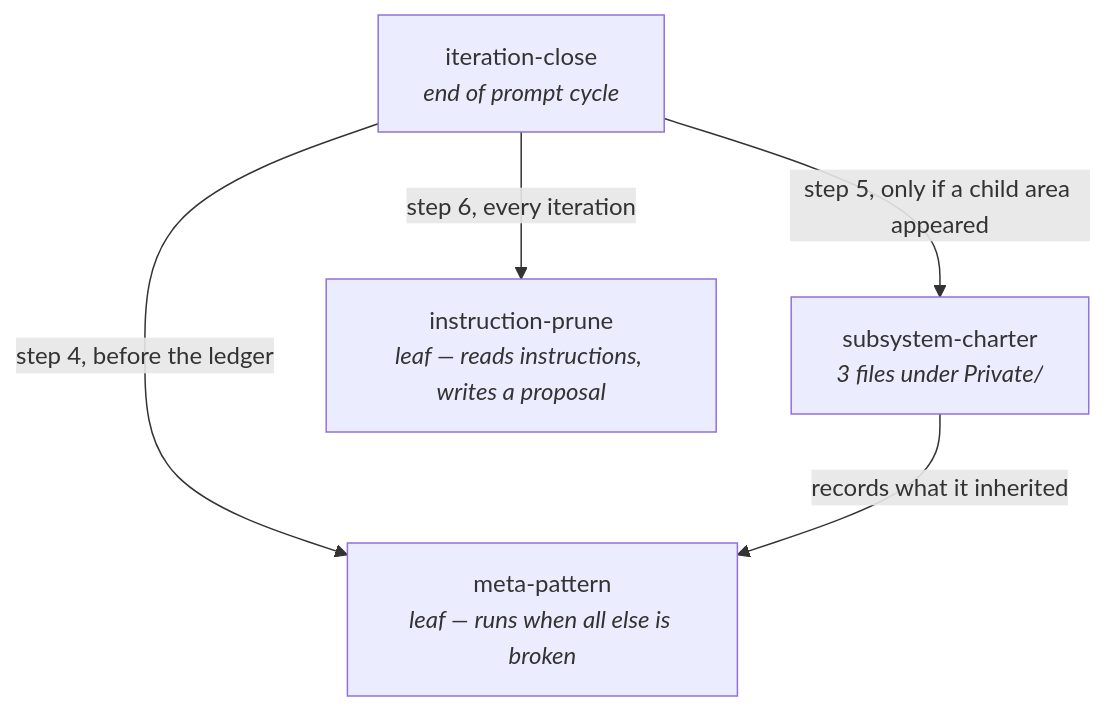
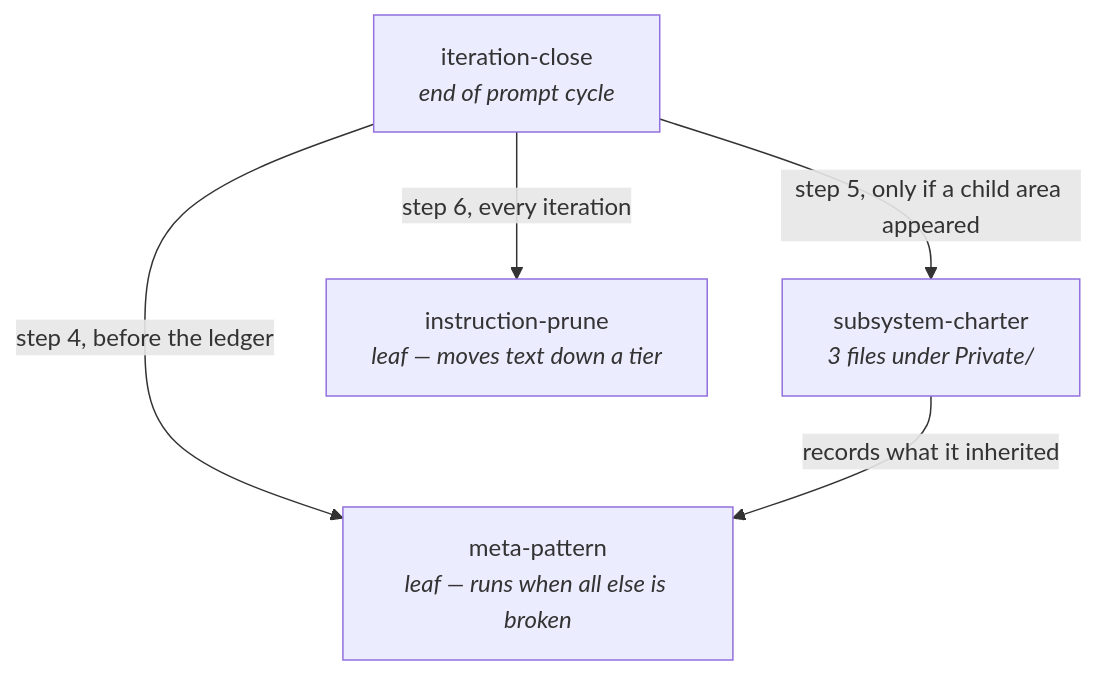
The diagram in .claude/skills/README.md (JerryBalmer1/PSModuleGraph), drawn with Mermaid before and after one commit. The commit also changed other lines of this file and 1 other file, not shown here.

First line of the commit message:
Record the skills schema and heredoc traps

````diff
--- a/.claude/skills/README.md
+++ b/.claude/skills/README.md
@@ -20,12 +20,12 @@
 ```mermaid
 graph TD
     IC["iteration-close<br/><i>end of prompt cycle</i>"]
     SC["subsystem-charter<br/><i>3 files under Private/</i>"]
     MP["meta-pattern<br/><i>leaf — runs when all else is broken</i>"]
-    IP["instruction-prune<br/><i>leaf — reads instructions, writes a proposal</i>"]
+    IP["instruction-prune<br/><i>leaf — moves text down a tier</i>"]
 
     IC -->|"step 4, before the ledger"| MP
     IC -->|"step 5, only if a child area appeared"| SC
     IC -->|"step 6, every iteration"| IP
     SC -->|"records what it inherited"| MP
 ```
````
